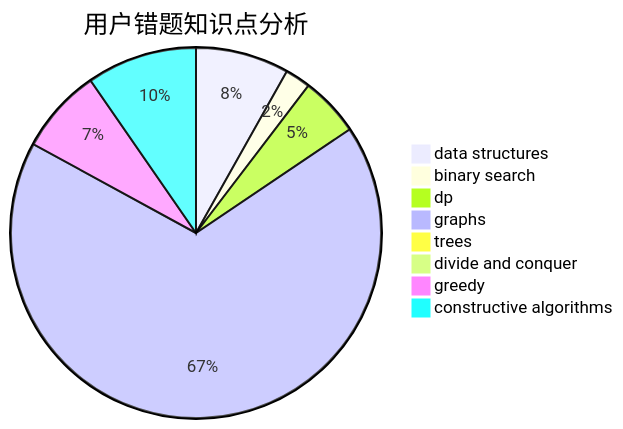
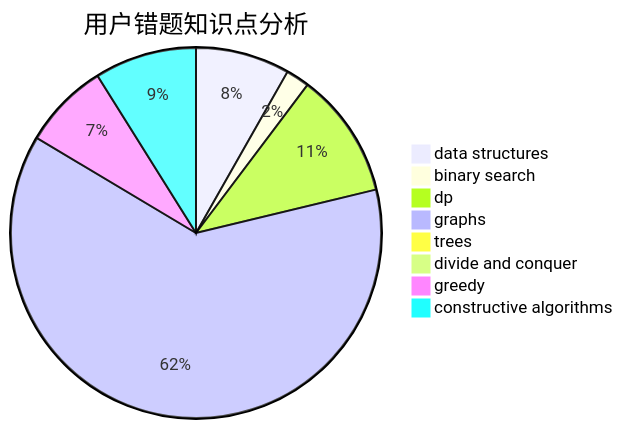
One commit to sherpahu/cfrs.github.io changed the third of 3 diagrams in docs/user/u383.md. Above: the diagram before and after it, drawn with Mermaid. The commit also changed other lines of this file and 2770 other files, not shown here.

````diff
--- a/docs/user/u383.md
+++ b/docs/user/u383.md
@@ -36,11 +36,11 @@
 ```mermaid
 pie title 用户错题知识点分析
-    "data structures" :  11
+    "data structures" :  12
     "binary search" :  3
-    "dp" :  7
+    "dp" :  16
     "graphs" :  91
     "trees" :  0
     "divide and conquer" :  1
-    "greedy" :  10
+    "greedy" :  11
     "constructive algorithms" :  13
 ```
````
